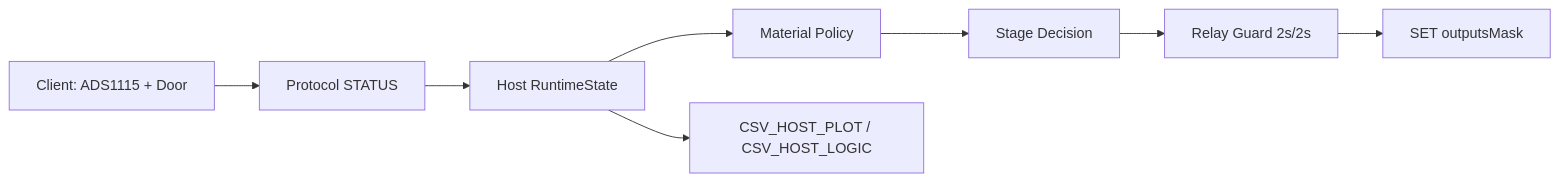
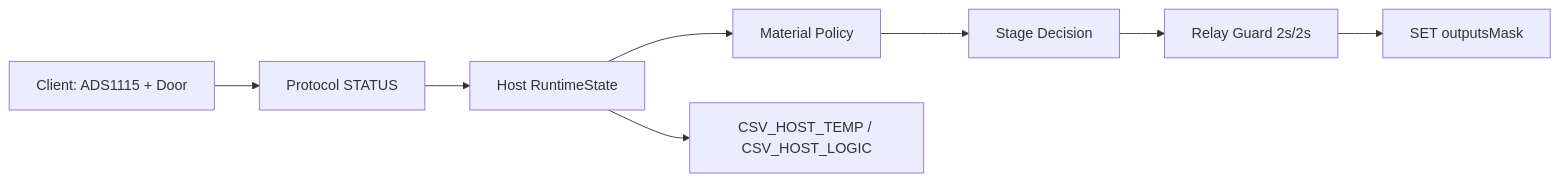
Before and after one commit to mrRobot62/FilamentSilicatDryer_480x480: the diagram in doc/T16_Phase_2_Dokumentation.md, drawn with Mermaid. The commit also changed 5 other files, not shown here.

Commit message:
T16_Phase_2.5 normalize host client CSV naming

````diff
--- a/doc/T16_Phase_2_Dokumentation.md
+++ b/doc/T16_Phase_2_Dokumentation.md
@@ -39,10 +39,10 @@
 ```mermaid
 flowchart LR
     A["Client: ADS1115 + Door"] --> B["Protocol STATUS"]
     B --> C["Host RuntimeState"]
     C --> D["Material Policy"]
     D --> E["Stage Decision"]
     E --> F["Relay Guard 2s/2s"]
     F --> G["SET outputsMask"]
-    C --> H["CSV_HOST_PLOT / CSV_HOST_LOGIC"]
+    C --> H["CSV_HOST_TEMP / CSV_HOST_LOGIC"]
 ```
````
